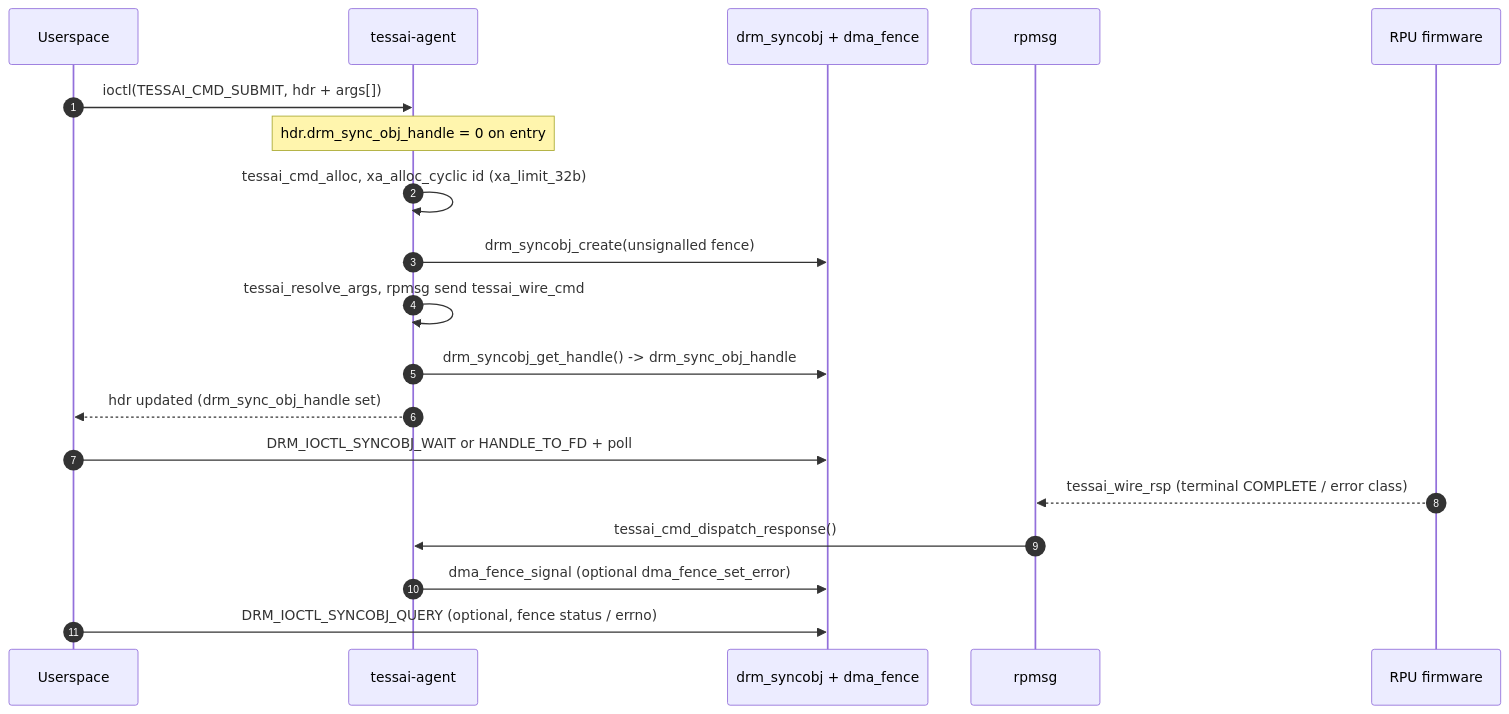
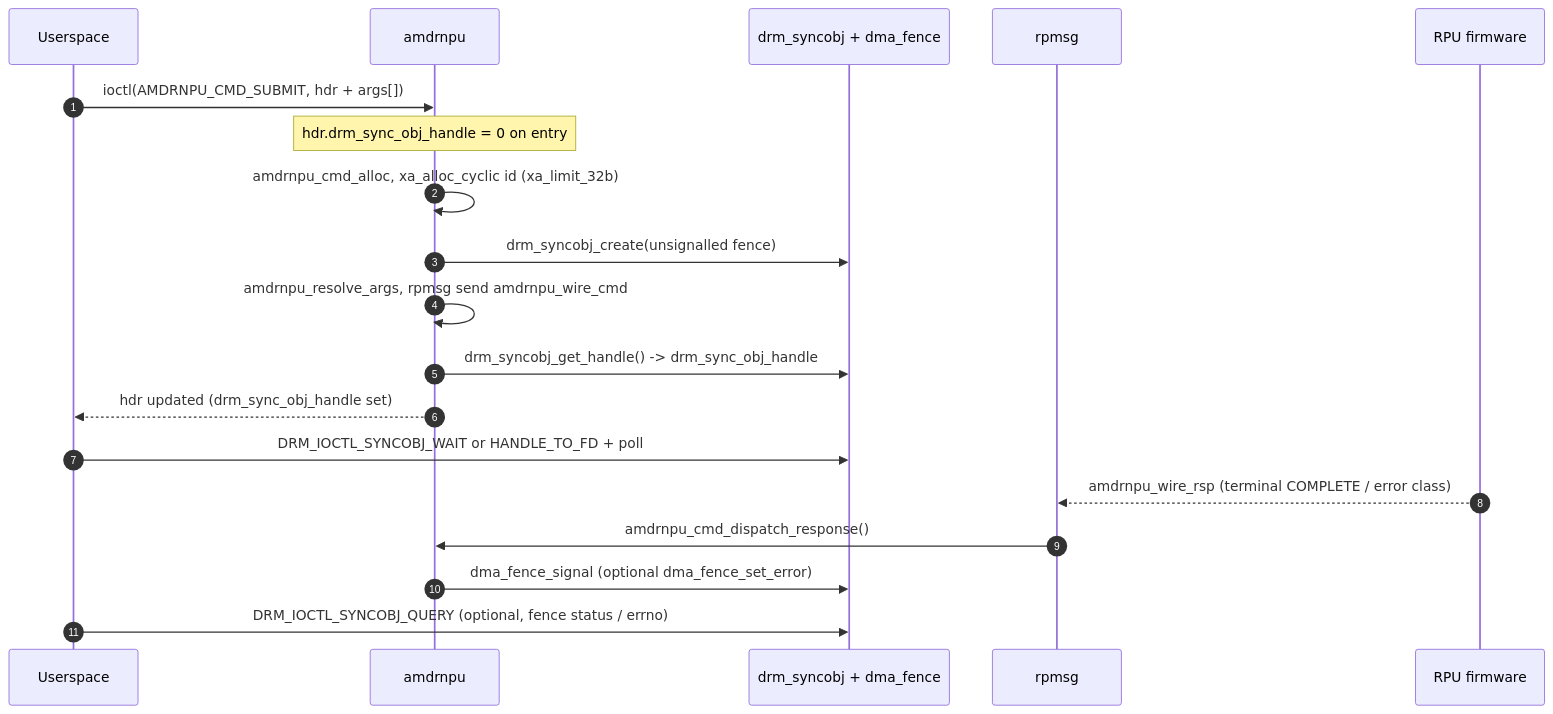
Before and after one commit to Xilinx/amdrnpu: the second of 2 diagrams in docs/commands.md, drawn with Mermaid. The commit also changed other lines of this file and 107 other files, not shown here.

Commit message:
Change all tessai references to amdrnpu

````diff
--- a/docs/commands.md
+++ b/docs/commands.md
@@ -48,25 +48,25 @@
 ```mermaid
 sequenceDiagram
     autonumber
     participant U as Userspace
-    participant K as tessai-agent
+    participant K as amdrnpu
     participant SO as drm_syncobj + dma_fence
     participant RPMSG as rpmsg
     participant RPU as RPU firmware
 
-    U->>K: ioctl(TESSAI_CMD_SUBMIT, hdr + args[])
+    U->>K: ioctl(AMDRNPU_CMD_SUBMIT, hdr + args[])
     Note over K: hdr.drm_sync_obj_handle = 0 on entry
-    K->>K: tessai_cmd_alloc, xa_alloc_cyclic id (xa_limit_32b)
+    K->>K: amdrnpu_cmd_alloc, xa_alloc_cyclic id (xa_limit_32b)
     K->>SO: drm_syncobj_create(unsignalled fence)
-    K->>K: tessai_resolve_args, rpmsg send tessai_wire_cmd
+    K->>K: amdrnpu_resolve_args, rpmsg send amdrnpu_wire_cmd
     K->>SO: drm_syncobj_get_handle() -> drm_sync_obj_handle
     K-->>U: hdr updated (drm_sync_obj_handle set)
 
     U->>SO: DRM_IOCTL_SYNCOBJ_WAIT or HANDLE_TO_FD + poll
 
-    RPU-->>RPMSG: tessai_wire_rsp (terminal COMPLETE / error class)
-    RPMSG->>K: tessai_cmd_dispatch_response()
+    RPU-->>RPMSG: amdrnpu_wire_rsp (terminal COMPLETE / error class)
+    RPMSG->>K: amdrnpu_cmd_dispatch_response()
     K->>SO: dma_fence_signal (optional dma_fence_set_error)
 
     U->>SO: DRM_IOCTL_SYNCOBJ_QUERY (optional, fence status / errno)
 ```
````
